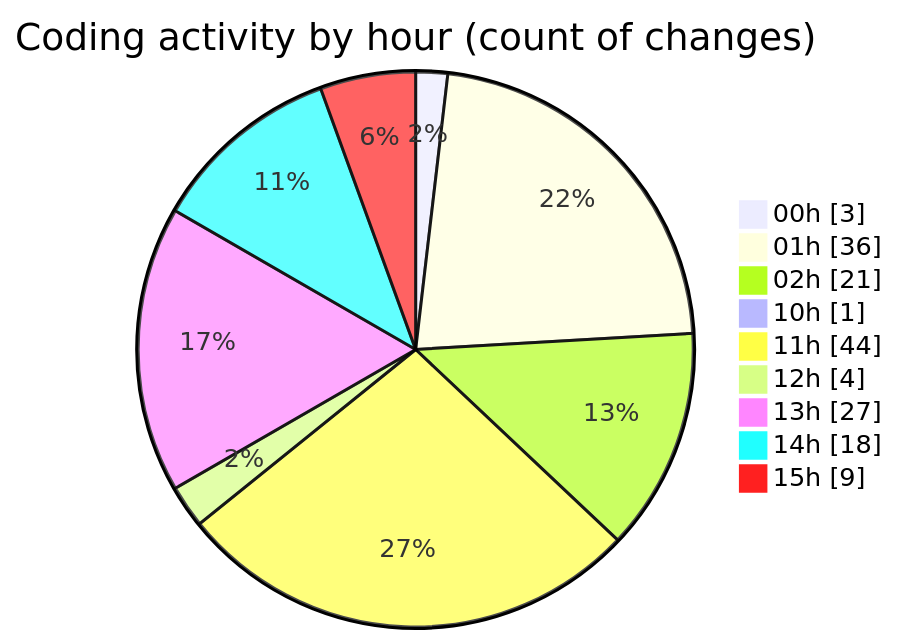
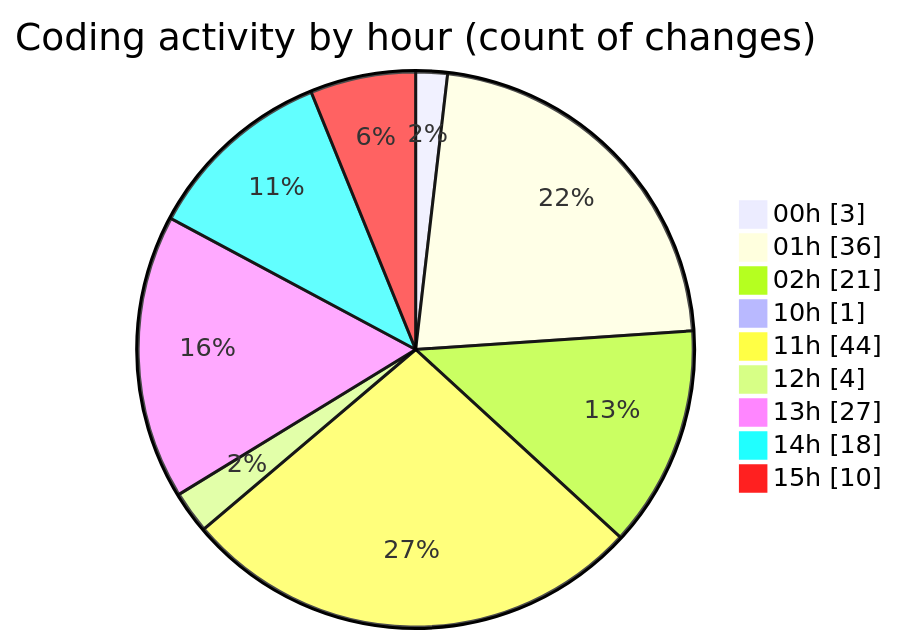
Before and after one commit to lephambinh05/code-tracking: the second of 2 diagrams in 2025-09-05/hiai-phf/README.md, drawn with Mermaid. The commit also changed other lines of this file and 1 other file, not shown here.

````diff
--- a/2025-09-05/hiai-phf/README.md
+++ b/2025-09-05/hiai-phf/README.md
@@ -85,13 +85,13 @@
 ```mermaid
 pie showData
 title Coding activity by hour (count of changes)
 "00h" : 3
 "01h" : 36
 "02h" : 21
 "10h" : 1
 "11h" : 44
 "12h" : 4
 "13h" : 27
 "14h" : 18
-"15h" : 9
+"15h" : 10
 ```
````
